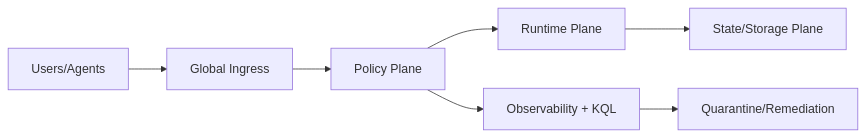
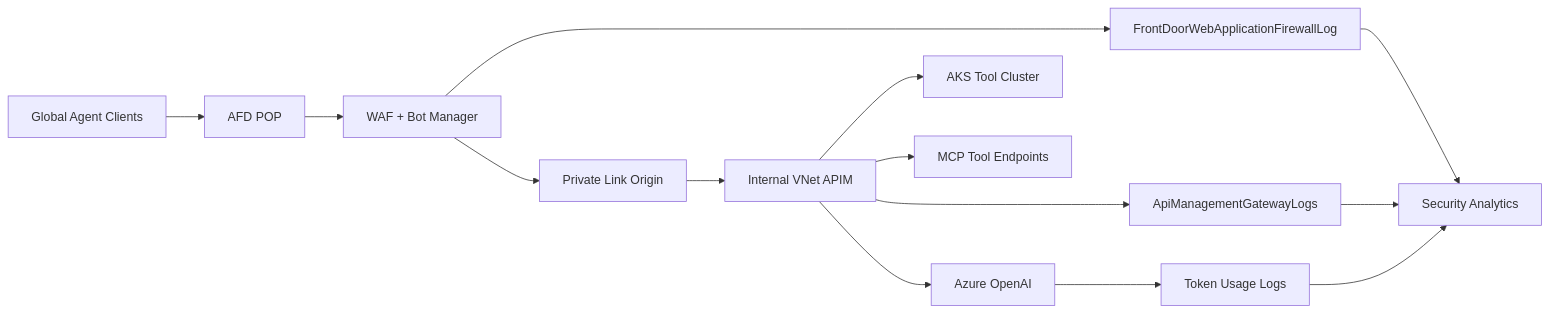
Before and after one commit to turbo998/ai-infra-lab: the first of 2 diagrams in workshops/azure-agent-infra/afd-waf-botmanager-apim-agent-ingress-ddos-token-drain-faq-r1103.en.md, drawn with Mermaid. The commit also changed other lines of this file and 5 other files, not shown here.

````diff
--- a/workshops/azure-agent-infra/afd-waf-botmanager-apim-agent-ingress-ddos-token-drain-faq-r1103.en.md
+++ b/workshops/azure-agent-infra/afd-waf-botmanager-apim-agent-ingress-ddos-token-drain-faq-r1103.en.md
@@ -135,9 +103,16 @@
 ```mermaid
 flowchart LR
-  U[Users/Agents] --> G[Global Ingress]
-  G --> P[Policy Plane]
-  P --> R[Runtime Plane]
-  R --> S[State/Storage Plane]
-  P --> O[Observability + KQL]
-  O --> Q[Quarantine/Remediation]
+  User[Global Agent Clients] --> POP[AFD POP]
+  POP --> WAF[WAF + Bot Manager]
+  WAF --> PLO[Private Link Origin]
+  PLO --> APIM[Internal VNet APIM]
+  APIM --> AOAI[Azure OpenAI]
+  APIM --> AKS[AKS Tool Cluster]
+  APIM --> MCP[MCP Tool Endpoints]
+  WAF --> L1[FrontDoorWebApplicationFirewallLog]
+  APIM --> L2[ApiManagementGatewayLogs]
+  AOAI --> L3[Token Usage Logs]
+  L1 --> SIEM[Security Analytics]
+  L2 --> SIEM
+  L3 --> SIEM
 ```
````
